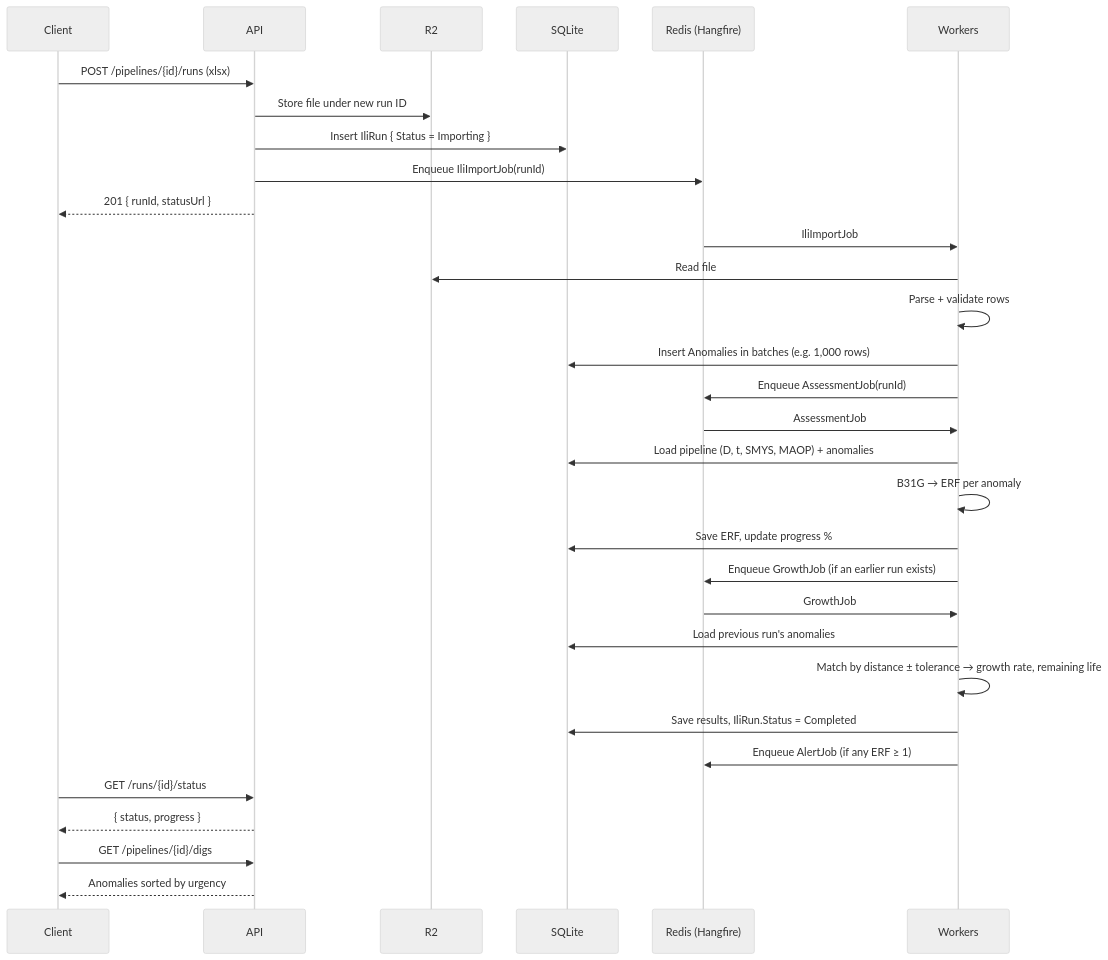
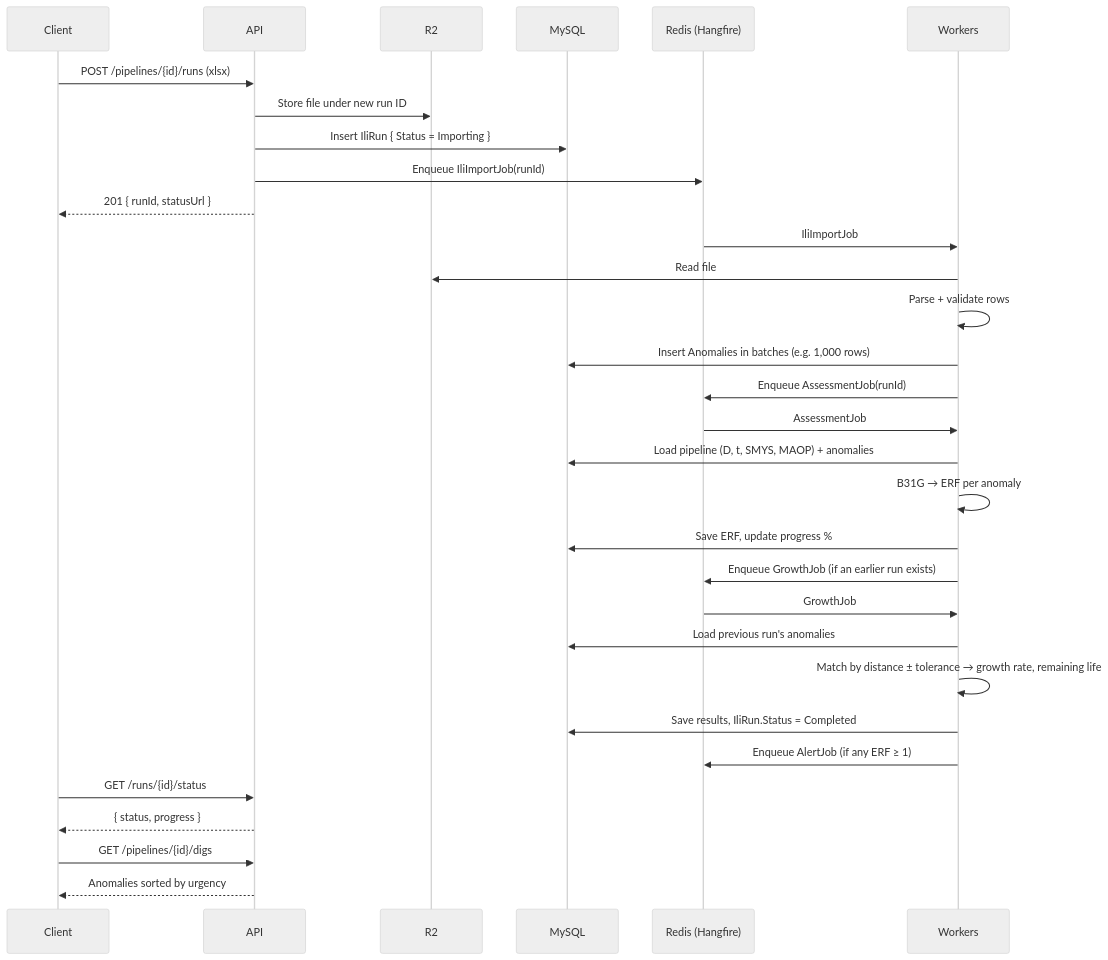
One commit to PlashSpeed-Aiman/stondy-gorup changed the third of 6 diagrams in ROADMAP.md. Above: the diagram before and after it, drawn with Mermaid (neutral theme). The commit also changed other lines of this file, not shown here.

First line of the commit message:
Use MySQL Testcontainers for integration tests and add debugging guide

````diff
--- a/ROADMAP.md
+++ b/ROADMAP.md
@@ -215,38 +215,38 @@
 ```mermaid
 sequenceDiagram
     participant C as Client
     participant A as API
     participant S as R2
-    participant D as SQLite
+    participant D as MySQL
     participant Q as Redis (Hangfire)
     participant W as Workers
 
     C->>A: POST /pipelines/{id}/runs (xlsx)
     A->>S: Store file under new run ID
     A->>D: Insert IliRun { Status = Importing }
     A->>Q: Enqueue IliImportJob(runId)
     A-->>C: 201 { runId, statusUrl }
 
     Q->>W: IliImportJob
     W->>S: Read file
     W->>W: Parse + validate rows
     W->>D: Insert Anomalies in batches (e.g. 1,000 rows)
     W->>Q: Enqueue AssessmentJob(runId)
 
     Q->>W: AssessmentJob
     W->>D: Load pipeline (D, t, SMYS, MAOP) + anomalies
     W->>W: B31G → ERF per anomaly
     W->>D: Save ERF, update progress %
     W->>Q: Enqueue GrowthJob (if an earlier run exists)
 
     Q->>W: GrowthJob
     W->>D: Load previous run's anomalies
     W->>W: Match by distance ± tolerance → growth rate, remaining life
     W->>D: Save results, IliRun.Status = Completed
     W->>Q: Enqueue AlertJob (if any ERF ≥ 1)
 
     C->>A: GET /runs/{id}/status
     A-->>C: { status, progress }
     C->>A: GET /pipelines/{id}/digs
     A-->>C: Anomalies sorted by urgency
 ```
````
